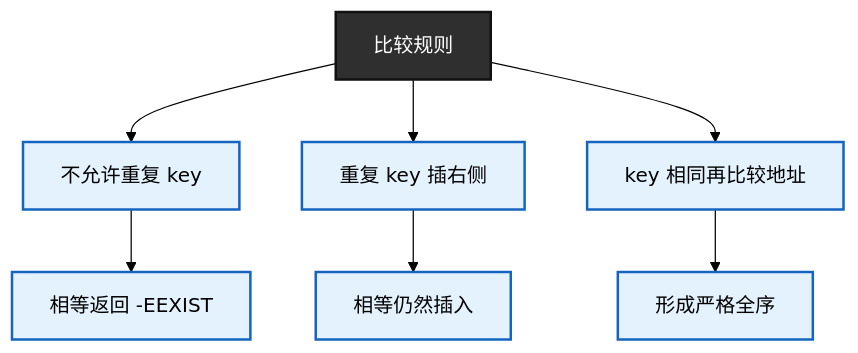
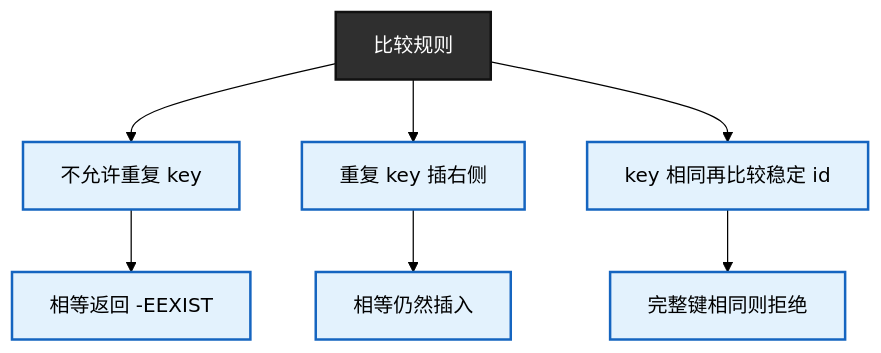
Before and after one commit to FormingSystem/linux_note: diagram 14 of 51 in knowledge/linux/data_structures/红黑树_rb-tree/P09_Linux_6.12_内核_rbtree_嵌入式节点与使用者接口.md, drawn with Mermaid (forest theme). The commit also changed other lines of this file and 11 other files, not shown here.

````diff
--- a/knowledge/linux/data_structures/红黑树_rb-tree/P09_Linux_6.12_内核_rbtree_嵌入式节点与使用者接口.md
+++ b/knowledge/linux/data_structures/红黑树_rb-tree/P09_Linux_6.12_内核_rbtree_嵌入式节点与使用者接口.md
@@ -964,25 +964,25 @@
 ```mermaid
 graph TD
 	cmp_rule["比较规则"]
 	no_dup["不允许重复 key"]
 	dup_right["重复 key 插右侧"]
-	key_addr["key 相同再比较地址"]
+	key_addr["key 相同再比较稳定 id"]
 
 	no_dup_text["相等返回 -EEXIST"]
 	dup_right_text["相等仍然插入"]
-	key_addr_text["形成严格全序"]
+	key_addr_text["完整键相同则拒绝"]
 
 	cmp_rule --> no_dup
 	cmp_rule --> dup_right
 	cmp_rule --> key_addr
 
 	no_dup --> no_dup_text
 	dup_right --> dup_right_text
 	key_addr --> key_addr_text
 
 	classDef root fill:#2f2f2f,stroke:#111,color:#fff,stroke-width:2px;
 	classDef item fill:#e3f2fd,stroke:#1565c0,color:#000,stroke-width:2px;
 
 	class cmp_rule root;
 	class no_dup,dup_right,key_addr,no_dup_text,dup_right_text,key_addr_text item;
 ```
````
